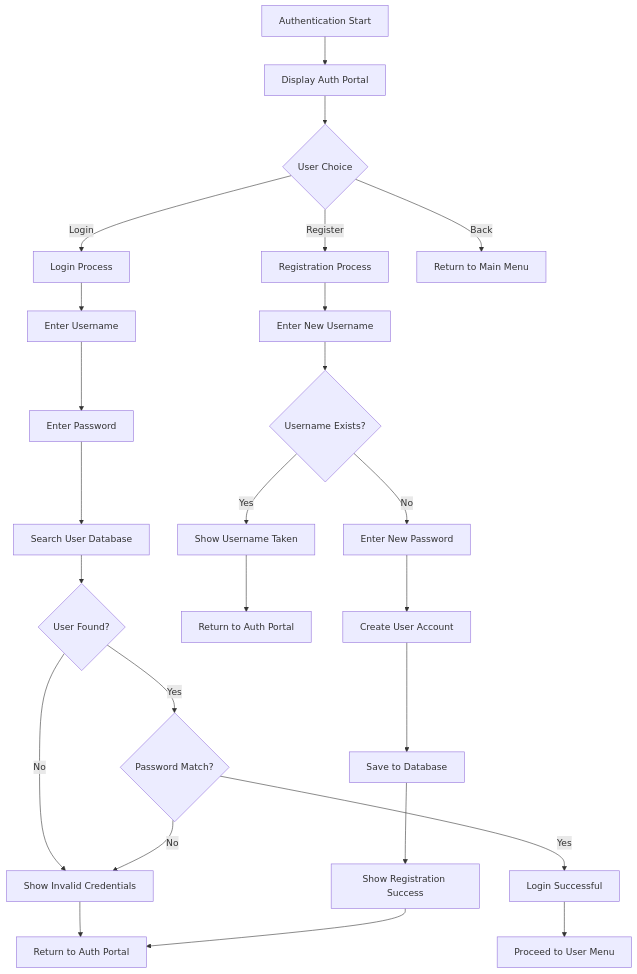
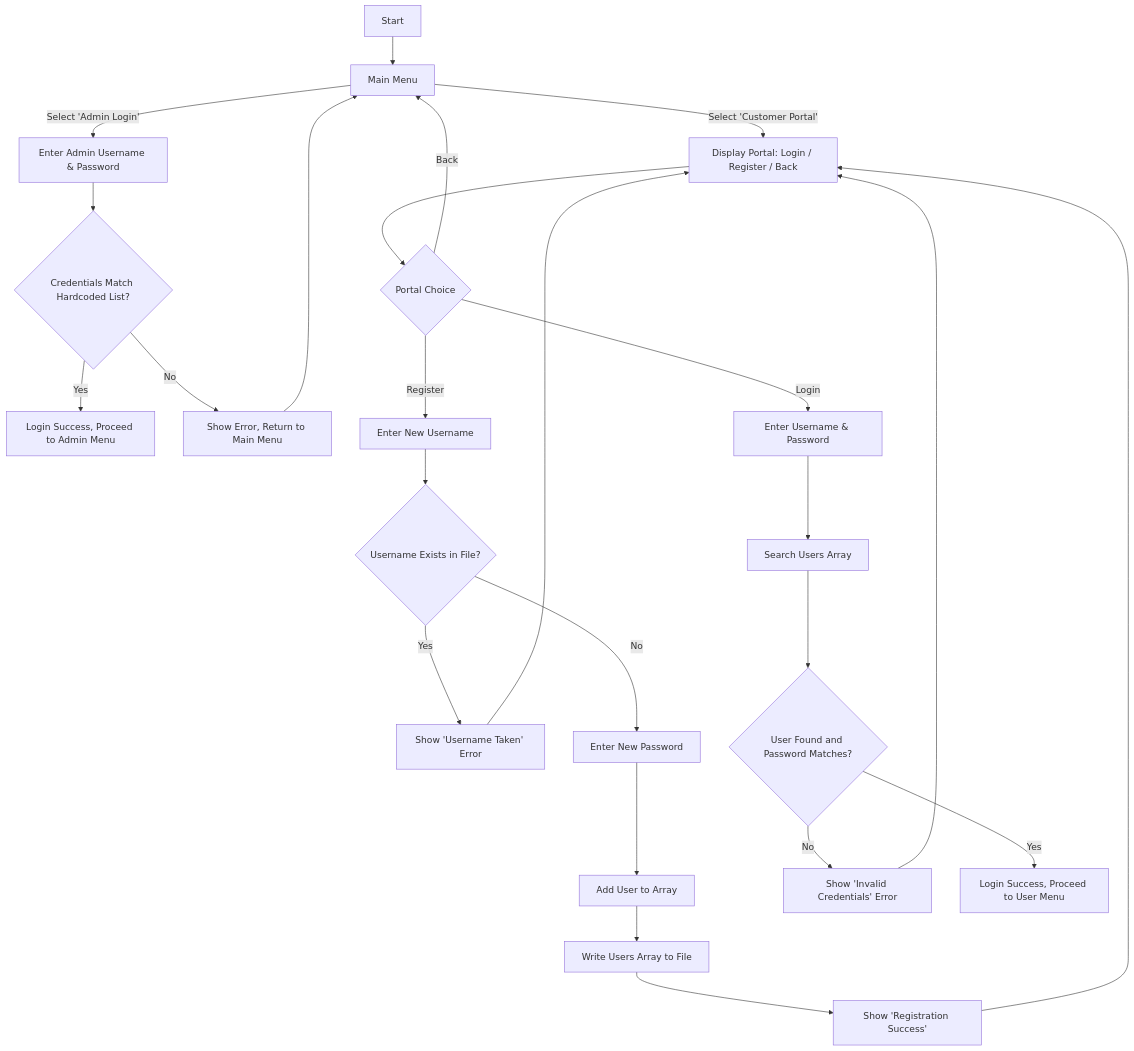
Before and after one commit to QUENJiX/test.github.io: the fourth of 5 diagrams in README.md, drawn with Mermaid. The commit also changed other lines of this file, not shown here.

````diff
--- a/README.md
+++ b/README.md
@@ -496,27 +373,31 @@
 ```mermaid
 graph TD
-    A[Authentication Start] --> B[Display Auth Portal]
-    B --> C{User Choice}
-    C -->|Login| D[Login Process]
-    C -->|Register| E[Registration Process]
-    C -->|Back| F[Return to Main Menu]
-    D --> G[Enter Username]
-    G --> H[Enter Password]
-    H --> I[Search User Database]
-    I --> J{User Found?}
-    J -->|No| K[Show Invalid Credentials]
-    K --> L[Return to Auth Portal]
-    J -->|Yes| M{Password Match?}
-    M -->|No| K
-    M -->|Yes| N[Login Successful]
-    N --> O[Proceed to User Menu]
-    E --> P[Enter New Username]
-    P --> Q{Username Exists?}
-    Q -->|Yes| R[Show Username Taken]
-    R --> S[Return to Auth Portal]
-    Q -->|No| T[Enter New Password]
-    T --> U[Create User Account]
-    U --> V[Save to Database]
-    V --> W[Show Registration Success]
-    W --> L
+    A[Start] --> B[Main Menu]
+    B -->|Select 'Admin Login'| C[Enter Admin Username & Password]
+    B -->|Select 'Customer Portal'| D[Display Portal: Login / Register / Back]
+
+    C --> E{Credentials Match Hardcoded List?}
+    E -->|Yes| F[Login Success, Proceed to Admin Menu]
+    E -->|No| G[Show Error, Return to Main Menu]
+    G --> B
+
+    D --> H{Portal Choice}
+    H -->|Register| I[Enter New Username]
+    H -->|Login| J[Enter Username & Password]
+    H -->|Back| B
+
+    I --> K{Username Exists in File?}
+    K -->|Yes| L[Show 'Username Taken' Error]
+    L --> D
+    K -->|No| M[Enter New Password]
+    M --> N[Add User to Array]
+    N --> O[Write Users Array to File]
+    O --> P[Show 'Registration Success']
+    P --> D
+
+    J --> Q[Search Users Array]
+    Q --> R{User Found and Password Matches?}
+    R -->|No| S[Show 'Invalid Credentials' Error]
+    S --> D
+    R -->|Yes| T[Login Success, Proceed to User Menu]
 ```
````
